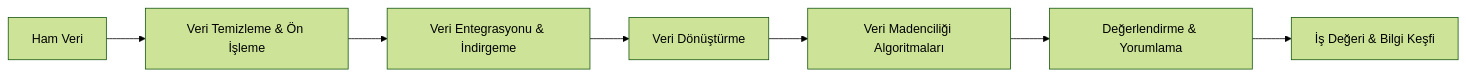
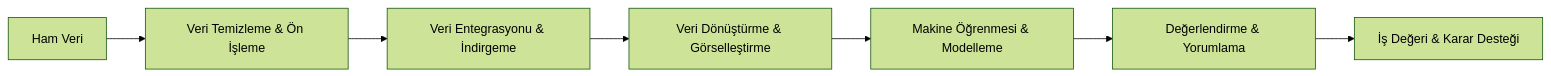
The diagram in readme.md (kahramankostas/YBS-DataMining), drawn with Mermaid (forest theme) before and after one commit. The commit also changed other lines of this file and 2 other files, not shown here.

````diff
--- a/readme.md
+++ b/readme.md
@@ -35,9 +37,9 @@
 ```mermaid
 flowchart LR
     A["Ham Veri"] --> B["Veri Temizleme & Ön İşleme"]
     B --> C["Veri Entegrasyonu & İndirgeme"]
-    C --> D["Veri Dönüştürme"]
-    D --> E["Veri Madenciliği Algoritmaları"]
+    C --> D["Veri Dönüştürme & Görselleştirme"]
+    D --> E["Makine Öğrenmesi & Modelleme"]
     E --> F["Değerlendirme & Yorumlama"]
-    F --> G["İş Değeri & Bilgi Keşfi"]
+    F --> G["İş Değeri & Karar Desteği"]
 ```
````
